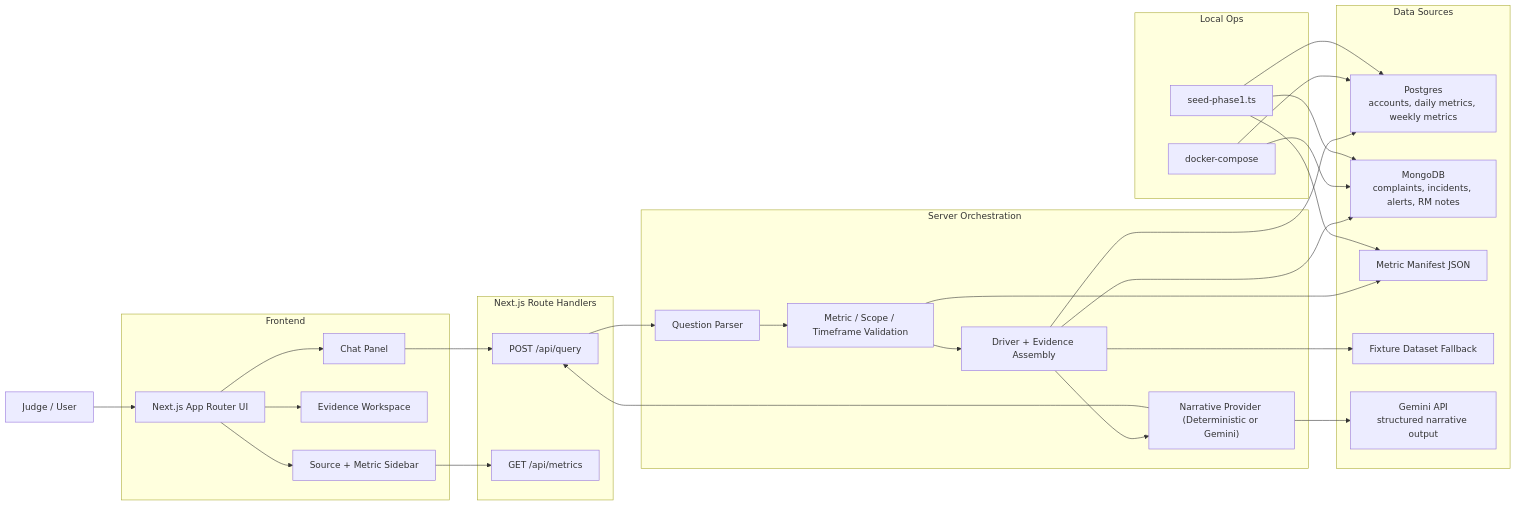
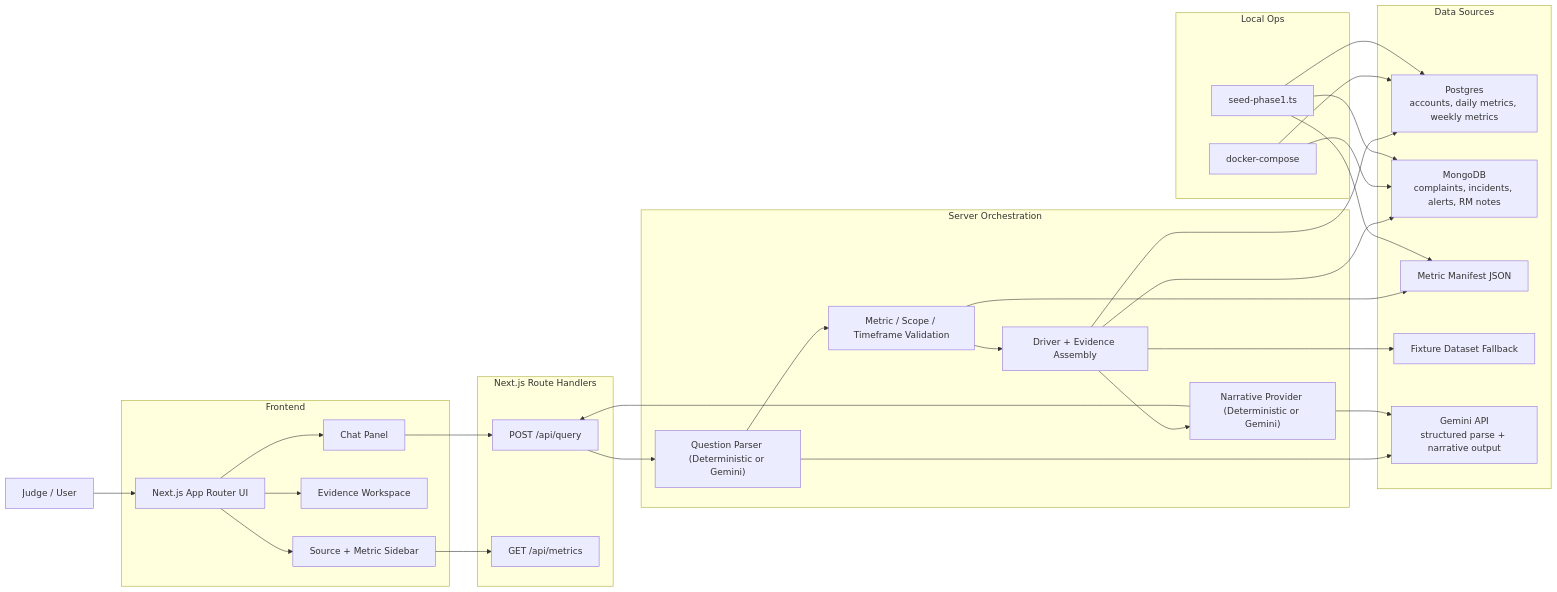
One commit to aadithya2112/Query-Lens changed the diagram in Architecture.md. Above: the diagram before and after it, drawn with Mermaid. The commit also changed other lines of this file and 8 other files, not shown here.

Commit message:
feat: add Gemini parser tool calling

````diff
--- a/Architecture.md
+++ b/Architecture.md
@@ -9,52 +9,53 @@
 ```mermaid
 flowchart LR
     U["Judge / User"] --> UI["Next.js App Router UI"]
 
     subgraph FE["Frontend"]
       UI --> CHAT["Chat Panel"]
       UI --> WORK["Evidence Workspace"]
       UI --> SIDE["Source + Metric Sidebar"]
     end
 
     subgraph API["Next.js Route Handlers"]
       QUERY["POST /api/query"]
       METRICS["GET /api/metrics"]
     end
 
     CHAT --> QUERY
     SIDE --> METRICS
 
     subgraph ORCH["Server Orchestration"]
-      PARSE["Question Parser"]
+      PARSE["Question Parser (Deterministic or Gemini)"]
       VALIDATE["Metric / Scope / Timeframe Validation"]
       ANALYZE["Driver + Evidence Assembly"]
       NARRATE["Narrative Provider (Deterministic or Gemini)"]
     end
 
     QUERY --> PARSE --> VALIDATE --> ANALYZE --> NARRATE --> QUERY
 
     subgraph DATA["Data Sources"]
       PG["Postgres\naccounts, daily metrics, weekly metrics"]
       MG["MongoDB\ncomplaints, incidents, alerts, RM notes"]
       MANIFEST["Metric Manifest JSON"]
       FIXTURE["Fixture Dataset Fallback"]
-      GEMINI["Gemini API\nstructured narrative output"]
+      GEMINI["Gemini API\nstructured parse + narrative output"]
     end
 
     ANALYZE --> PG
     ANALYZE --> MG
     VALIDATE --> MANIFEST
     ANALYZE --> FIXTURE
+    PARSE --> GEMINI
     NARRATE --> GEMINI
 
     subgraph OPS["Local Ops"]
       DC["docker-compose"]
       SEED["seed-phase1.ts"]
     end
 
     DC --> PG
     DC --> MG
     SEED --> PG
     SEED --> MG
     SEED --> MANIFEST
 ```
````
